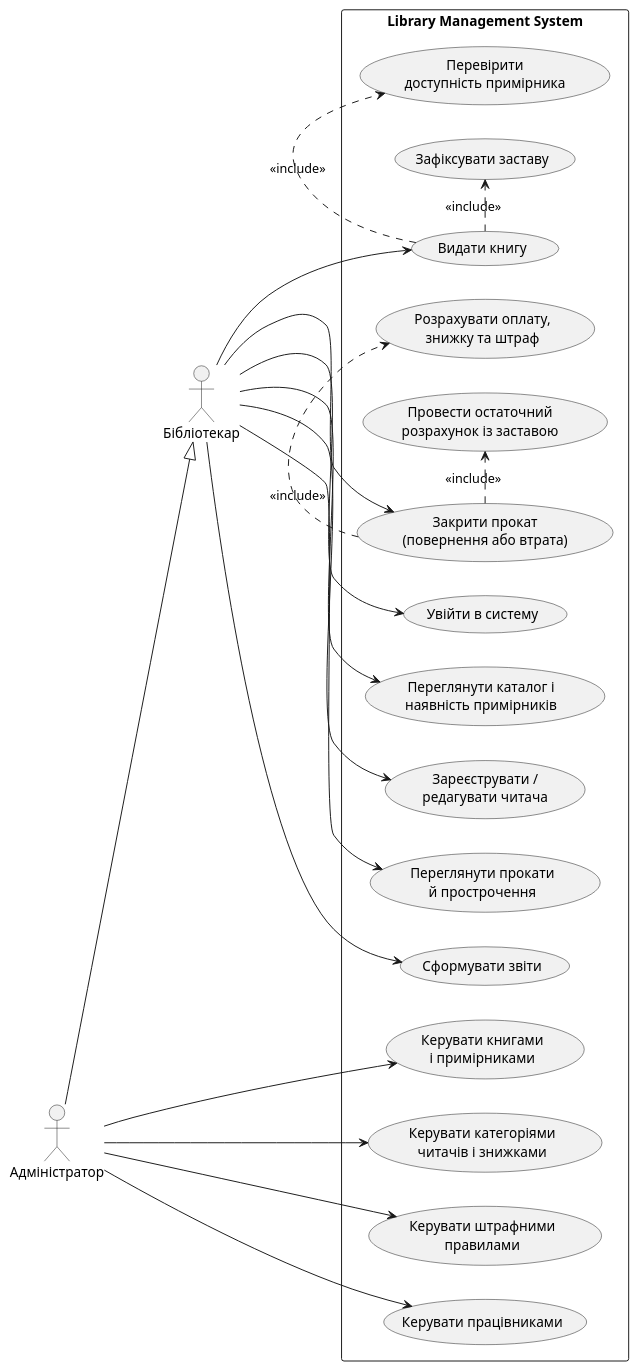
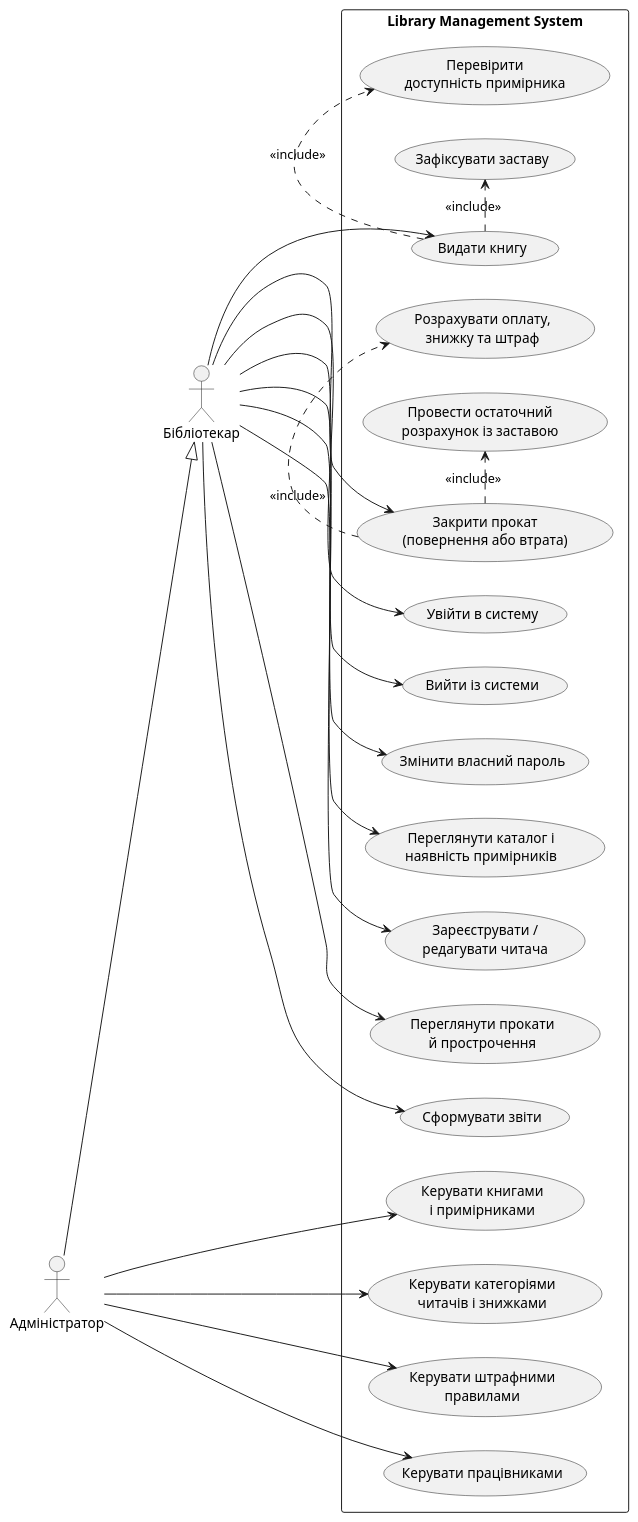
One commit to RomanNovachok/library-management-system changed the diagram in docs/diagrams/use-case.puml. Above: the diagram before and after it, drawn with PlantUML. The commit also changed 63 other files, not shown here.

```diff
--- a/docs/diagrams/use-case.puml
+++ b/docs/diagrams/use-case.puml
@@ -1,40 +1,44 @@
 @startuml
 left to right direction
 skinparam packageStyle rectangle
 skinparam shadowing false
 actor "Бібліотекар" as Librarian
 actor "Адміністратор" as Admin
 Admin --|> Librarian
 rectangle "Library Management System" {
   usecase "Увійти в систему" as Login
+  usecase "Вийти із системи" as Logout
+  usecase "Змінити власний пароль" as ChangePassword
   usecase "Переглянути каталог і\nнаявність примірників" as Catalog
   usecase "Зареєструвати /\nредагувати читача" as Readers
   usecase "Видати книгу" as Issue
   usecase "Перевірити\nдоступність примірника" as Availability
   usecase "Зафіксувати заставу" as Deposit
   usecase "Закрити прокат\n(повернення або втрата)" as Close
   usecase "Розрахувати оплату,\nзнижку та штраф" as Calculate
   usecase "Провести остаточний\nрозрахунок із заставою" as Settle
   usecase "Переглянути прокати\nй прострочення" as Rentals
   usecase "Сформувати звіти" as Reports
   usecase "Керувати книгами\nі примірниками" as ManageBooks
   usecase "Керувати категоріями\nчитачів і знижками" as ManageCategories
   usecase "Керувати штрафними\nправилами" as ManageFines
   usecase "Керувати працівниками" as Staff
 }
 Librarian --> Login
+Librarian --> Logout
+Librarian --> ChangePassword
 Librarian --> Catalog
 Librarian --> Readers
 Librarian --> Issue
 Librarian --> Close
 Librarian --> Rentals
 Librarian --> Reports
 Admin --> ManageBooks
 Admin --> ManageCategories
 Admin --> ManageFines
 Admin --> Staff
 Issue .> Availability : <<include>>
 Issue .> Deposit : <<include>>
 Close .> Calculate : <<include>>
 Close .> Settle : <<include>>
 @enduml
```
